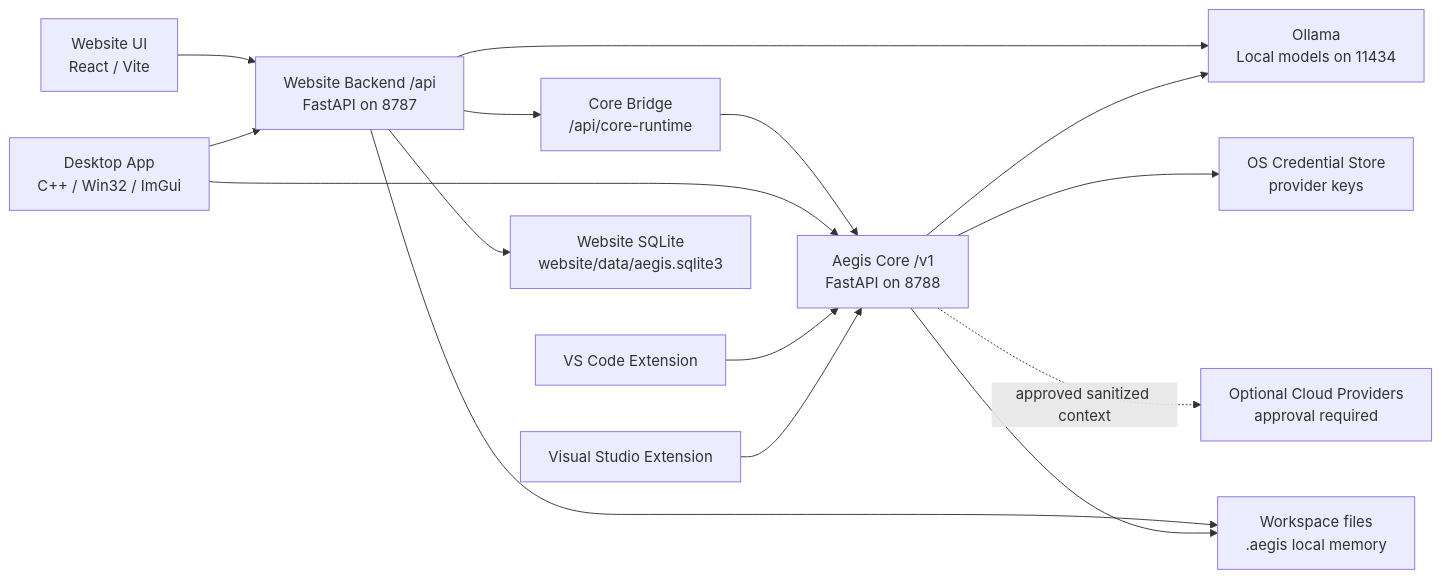
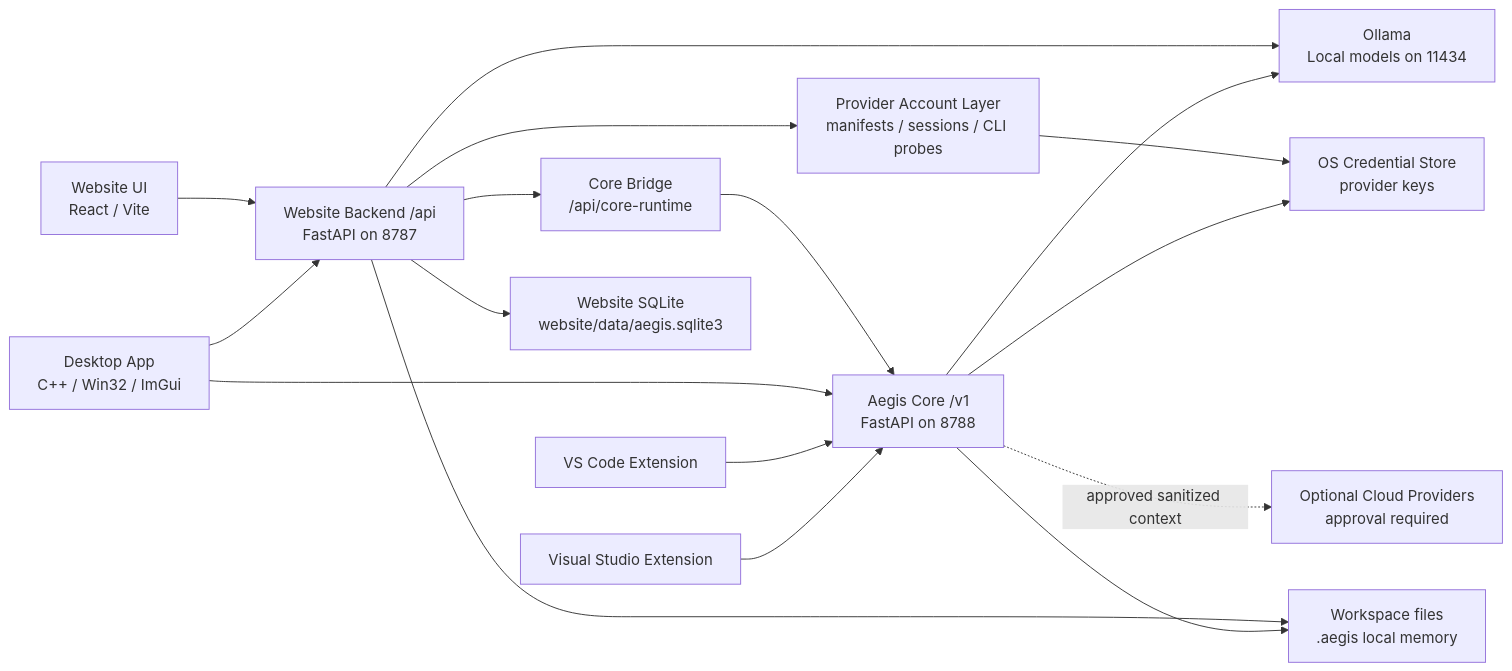
Before and after one commit to MercyProductions/Aegis-AI: the diagram in SYSTEM_ARCHITECTURE.md, drawn with Mermaid. The commit also changed other lines of this file and 417 other files, not shown here.

Commit message:
Advance Aegis roadmap and release gates

````diff
--- a/SYSTEM_ARCHITECTURE.md
+++ b/SYSTEM_ARCHITECTURE.md
@@ -13,31 +13,34 @@
 ```mermaid
 flowchart LR
   Desktop["Desktop App\nC++ / Win32 / ImGui"]
   Website["Website UI\nReact / Vite"]
   VSCode["VS Code Extension"]
   VS["Visual Studio Extension"]
 
   Api["Website Backend /api\nFastAPI on 8787"]
   Bridge["Core Bridge\n/api/core-runtime"]
   Core["Aegis Core /v1\nFastAPI on 8788"]
   Creds["OS Credential Store\nprovider keys"]
+  Accounts["Provider Account Layer\nmanifests / sessions / CLI probes"]
   Ollama["Ollama\nLocal models on 11434"]
   Providers["Optional Cloud Providers\napproval required"]
   Workspace["Workspace files\n.aegis local memory"]
   Store["Website SQLite\nwebsite/data/aegis.sqlite3"]
 
   Website --> Api
   Desktop --> Api
   Api --> Bridge
   Bridge --> Core
   Desktop --> Core
   VSCode --> Core
   VS --> Core
   Api --> Ollama
+  Api --> Accounts
+  Accounts --> Creds
   Api --> Store
   Api --> Workspace
   Core --> Ollama
   Core --> Creds
   Core -. approved sanitized context .-> Providers
   Core --> Workspace
 ```
````
